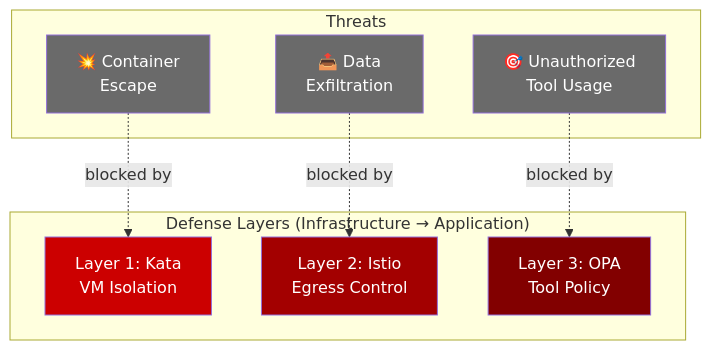
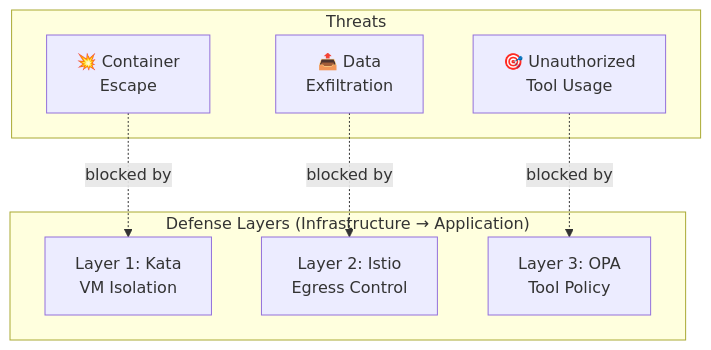
One commit to rrbanda/agent-sandbox-ocp changed the diagram in docs/concepts/threat-model.md. Above: the diagram before and after it, drawn with Mermaid. The commit also changed 118 other files, not shown here.

````diff
--- a/docs/concepts/threat-model.md
+++ b/docs/concepts/threat-model.md
@@ -60,25 +60,18 @@
 ```mermaid
 flowchart TD
     subgraph threats["Threats"]
         T1["💥 Container<br/>Escape"]
         T2["📤 Data<br/>Exfiltration"]
         T3["🎯 Unauthorized<br/>Tool Usage"]
     end
     
     subgraph layers["Defense Layers (Infrastructure → Application)"]
         L1["Layer 1: Kata<br/>VM Isolation"]
         L2["Layer 2: Istio<br/>Egress Control"]
         L3["Layer 3: OPA<br/>Tool Policy"]
     end
     
     T1 -.->|blocked by| L1
     T2 -.->|blocked by| L2
     T3 -.->|blocked by| L3
-    
-    style T1 fill:#6A6A6A,color:#FFFFFF
-    style T2 fill:#6A6A6A,color:#FFFFFF
-    style T3 fill:#6A6A6A,color:#FFFFFF
-    style L1 fill:#CC0000,color:#FFFFFF
-    style L2 fill:#A30000,color:#FFFFFF
-    style L3 fill:#820000,color:#FFFFFF
 ```
````
